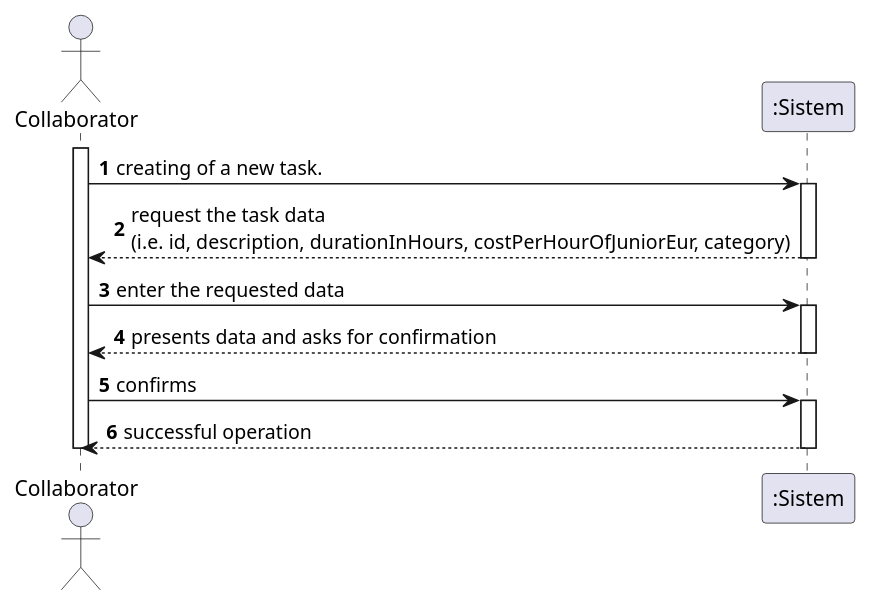
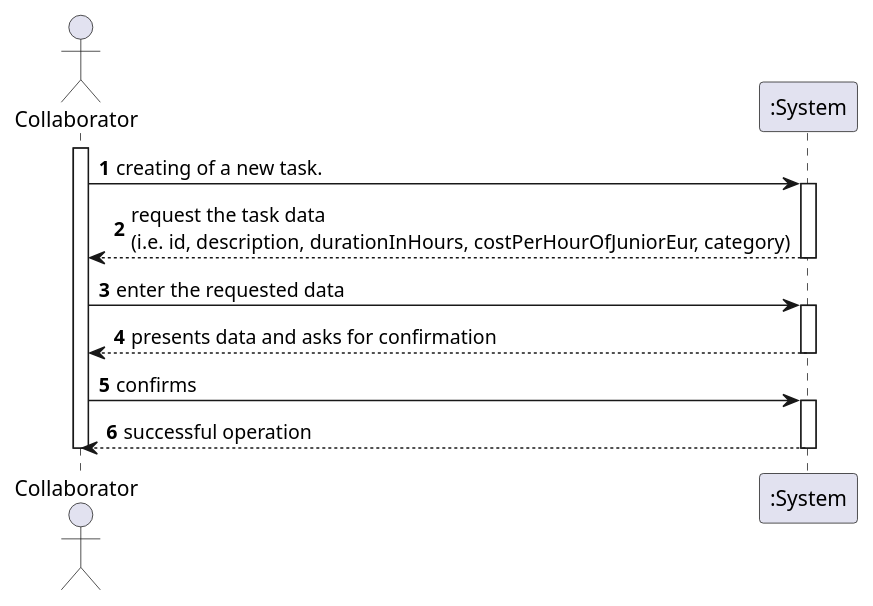
One commit to botelho-io/lapr2-2020-g029 changed the diagram in docs/UC_02/UC02_SSD.puml. Above: the diagram before and after it, drawn with PlantUML. The commit also changed 20 other files, not shown here.

```diff
--- a/docs/UC_02/UC02_SSD.puml
+++ b/docs/UC_02/UC02_SSD.puml
@@ -1,22 +1,22 @@
 @startuml
 autonumber
 actor Collaborator as C
 
 activate C
-C -> ":Sistem" : creating of a new task.
-activate ":Sistem"
-":Sistem" --> C : request the task data \n(i.e. id, description, durationInHours, costPerHourOfJuniorEur, category)
-deactivate ":Sistem"
+C -> ":System" : creating of a new task.
+activate ":System"
+":System" --> C : request the task data \n(i.e. id, description, durationInHours, costPerHourOfJuniorEur, category)
+deactivate ":System"
 
-C -> ":Sistem" : enter the requested data
-activate ":Sistem"
-":Sistem" --> C : presents data and asks for confirmation
-deactivate ":Sistem"
+C -> ":System" : enter the requested data
+activate ":System"
+":System" --> C : presents data and asks for confirmation
+deactivate ":System"
 
-C -> ":Sistem" : confirms
-activate ":Sistem"
-":Sistem" --> C : successful operation
-deactivate ":Sistem"
+C -> ":System" : confirms
+activate ":System"
+":System" --> C : successful operation
+deactivate ":System"
 
 deactivate C
 @enduml
```
